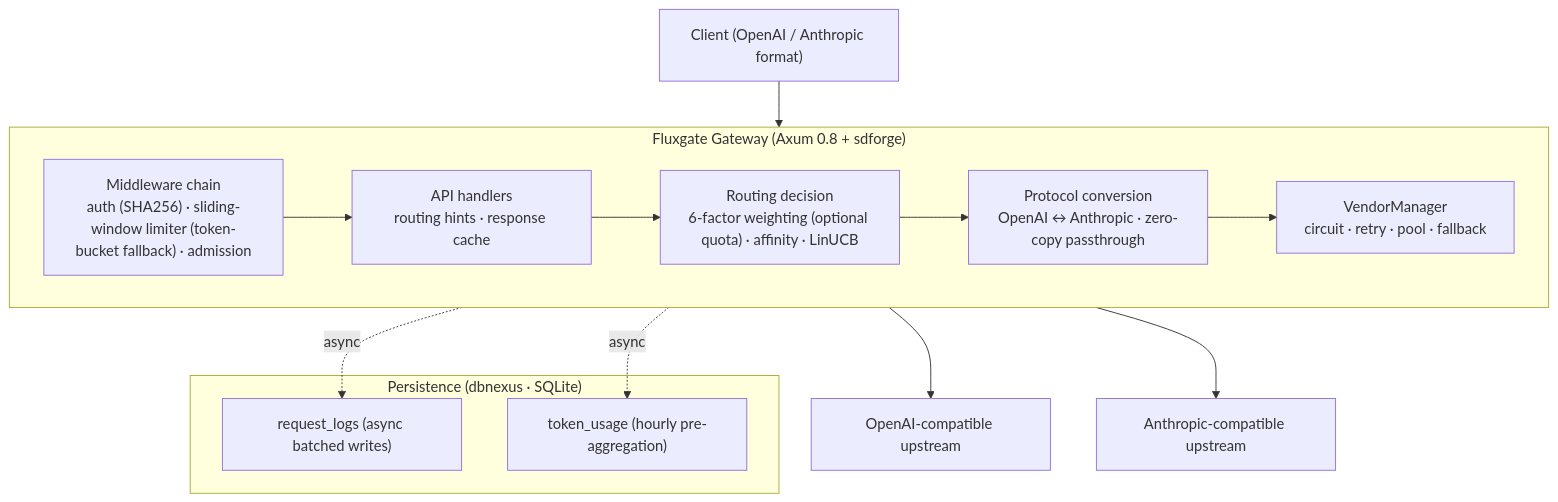
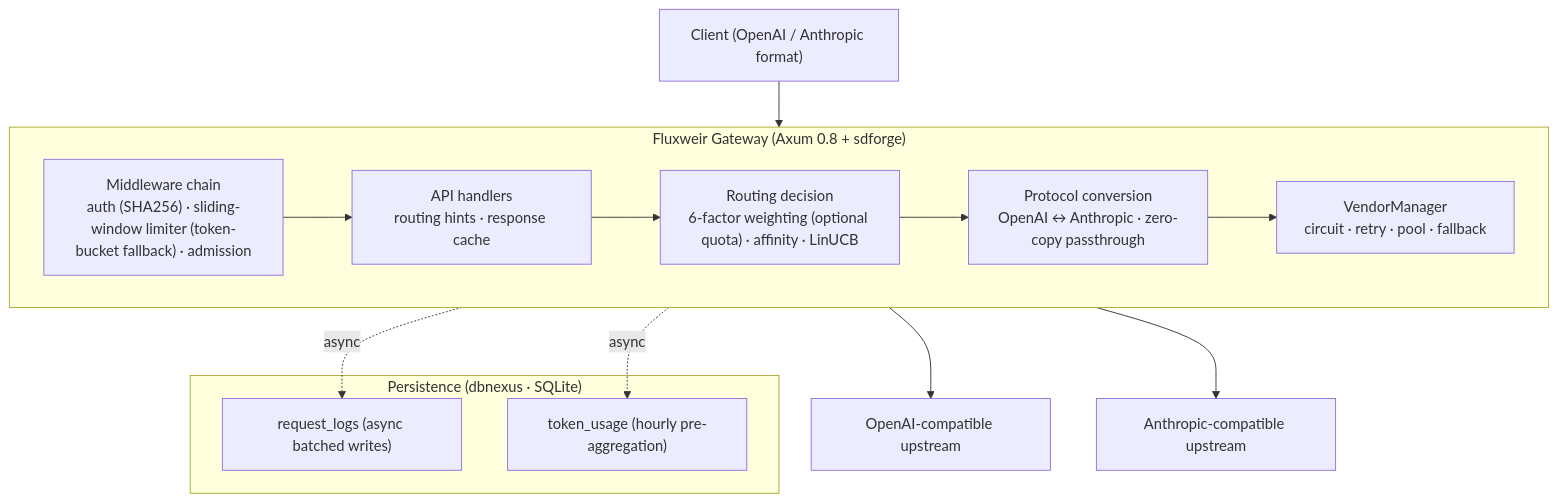
Before and after one commit to Kirky-X/fluxgate: the diagram in README_EN.md, drawn with Mermaid. The commit also changed other lines of this file and 208 other files, not shown here.

First line of the commit message:
refactor!: 项目更名 fluxgate → fluxweir

````diff
--- a/README_EN.md
+++ b/README_EN.md
@@ -261,28 +261,28 @@
 ```mermaid
 flowchart TB
     Client["Client (OpenAI / Anthropic format)"]
 
-    subgraph GW["Fluxgate Gateway (Axum 0.8 + sdforge)"]
+    subgraph GW["Fluxweir Gateway (Axum 0.8 + sdforge)"]
         direction LR
         MW["Middleware chain<br/>auth (SHA256) · sliding-window limiter (token-bucket fallback) · admission"]
         Handler["API handlers<br/>routing hints · response cache"]
         Router["Routing decision<br/>6-factor weighting (optional quota) · affinity · LinUCB"]
         Conv["Protocol conversion<br/>OpenAI ↔ Anthropic · zero-copy passthrough"]
         Vendor["VendorManager<br/>circuit · retry · pool · fallback"]
         MW --> Handler --> Router --> Conv --> Vendor
     end
 
     subgraph Store["Persistence (dbnexus · SQLite)"]
         Logs["request_logs (async batched writes)"]
         Agg["token_usage (hourly pre-aggregation)"]
     end
 
     UP1["OpenAI-compatible upstream"]
     UP2["Anthropic-compatible upstream"]
 
     Client --> MW
     Vendor --> UP1
     Vendor --> UP2
     Vendor -. async .-> Logs
     Vendor -. async .-> Agg
 ```
````
